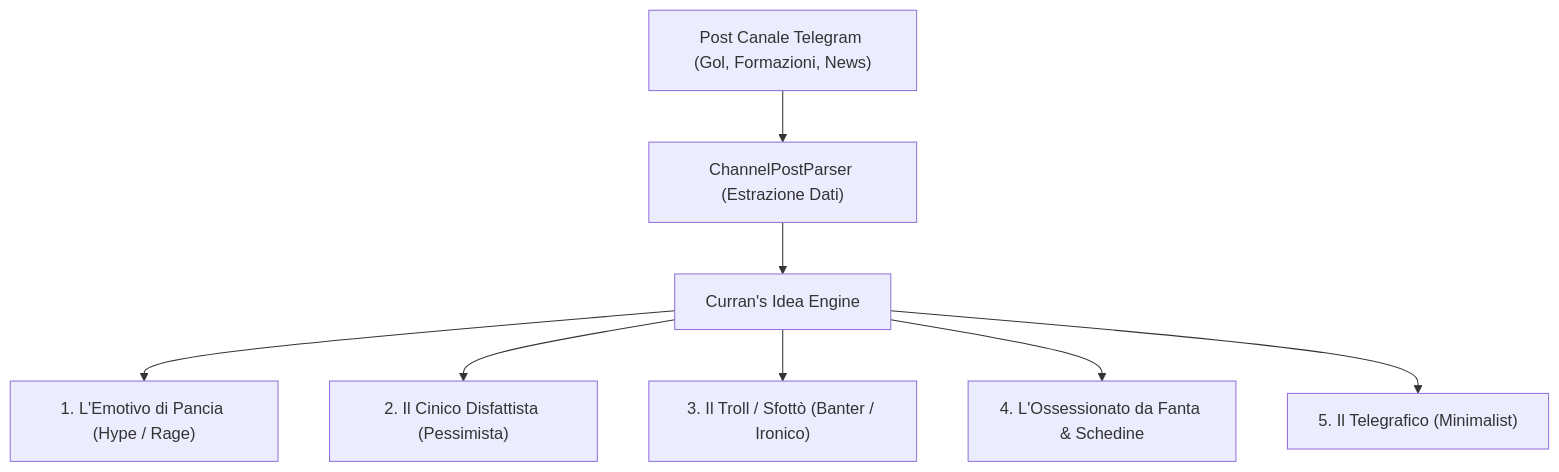
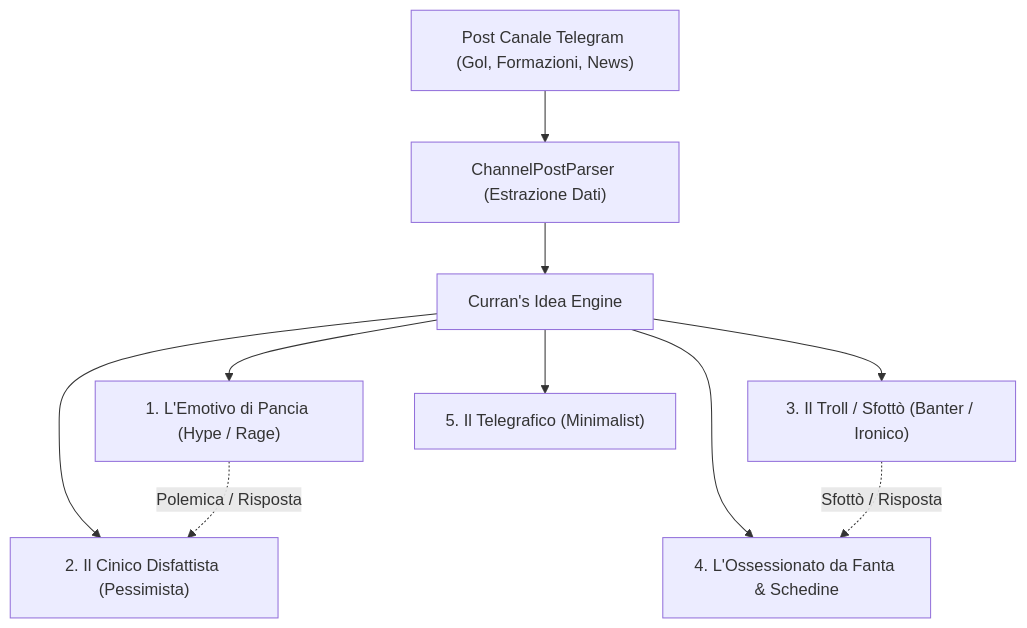
One commit to CurranXMatte/humans-as-currans-idea changed the diagram in README.md. Above: the diagram before and after it, drawn with Mermaid. The commit also changed other lines of this file and 16 other files, not shown here.

````diff
--- a/README.md
+++ b/README.md
@@ -41,10 +51,12 @@
 ```mermaid
 flowchart TD
     Post["Post Canale Telegram (Gol, Formazioni, News)"] --> Parser["ChannelPostParser (Estrazione Dati)"]
     Parser --> Engine["Curran's Idea Engine"]
     Engine --> P1["1. L'Emotivo di Pancia (Hype / Rage)"]
     Engine --> P2["2. Il Cinico Disfattista (Pessimista)"]
     Engine --> P3["3. Il Troll / Sfottò (Banter / Ironico)"]
     Engine --> P4["4. L'Ossessionato da Fanta & Schedine"]
     Engine --> P5["5. Il Telegrafico (Minimalist)"]
+    P3 -.->|Sfottò / Risposta| P4
+    P1 -.->|Polemica / Risposta| P2
 ```
````
